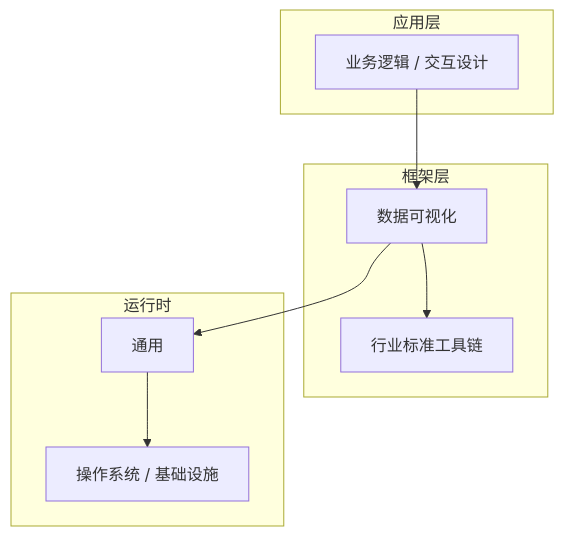
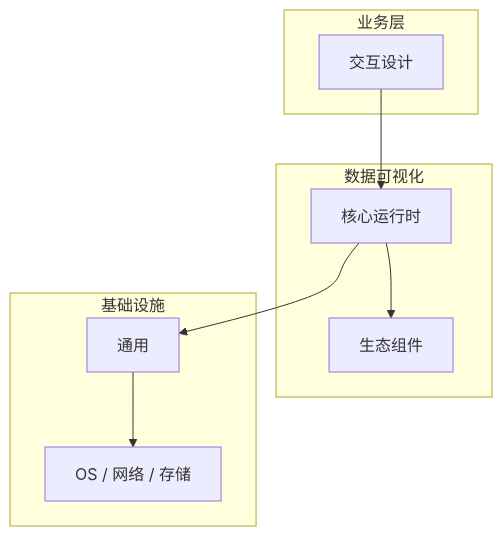
One commit to yanggan2015/knowledge-json-v2 changed the diagram in articles/数据可视化/chapters/080-交互设计核心概念与原理.md. Above: the diagram before and after it, drawn with Mermaid. The commit also changed other lines of this file and 10127 other files, not shown here.

````diff
--- a/articles/数据可视化/chapters/080-交互设计核心概念与原理.md
+++ b/articles/数据可视化/chapters/080-交互设计核心概念与原理.md
@@ -45,18 +34,18 @@
 ```mermaid
 graph TB
-    subgraph 应用层
-        A[业务逻辑 / 交互设计]
+    subgraph 业务层
+        A[交互设计]
     end
-    subgraph 框架层
-        B[数据可视化]
-        C[行业标准工具链]
+    subgraph 数据可视化
+        B[核心运行时]
+        C[生态组件]
     end
-    subgraph 运行时
+    subgraph 基础设施
         D[通用]
-        E[操作系统 / 基础设施]
+        E[OS / 网络 / 存储]
     end
     A --> B
     B --> C
     B --> D
     D --> E
 ```
````
